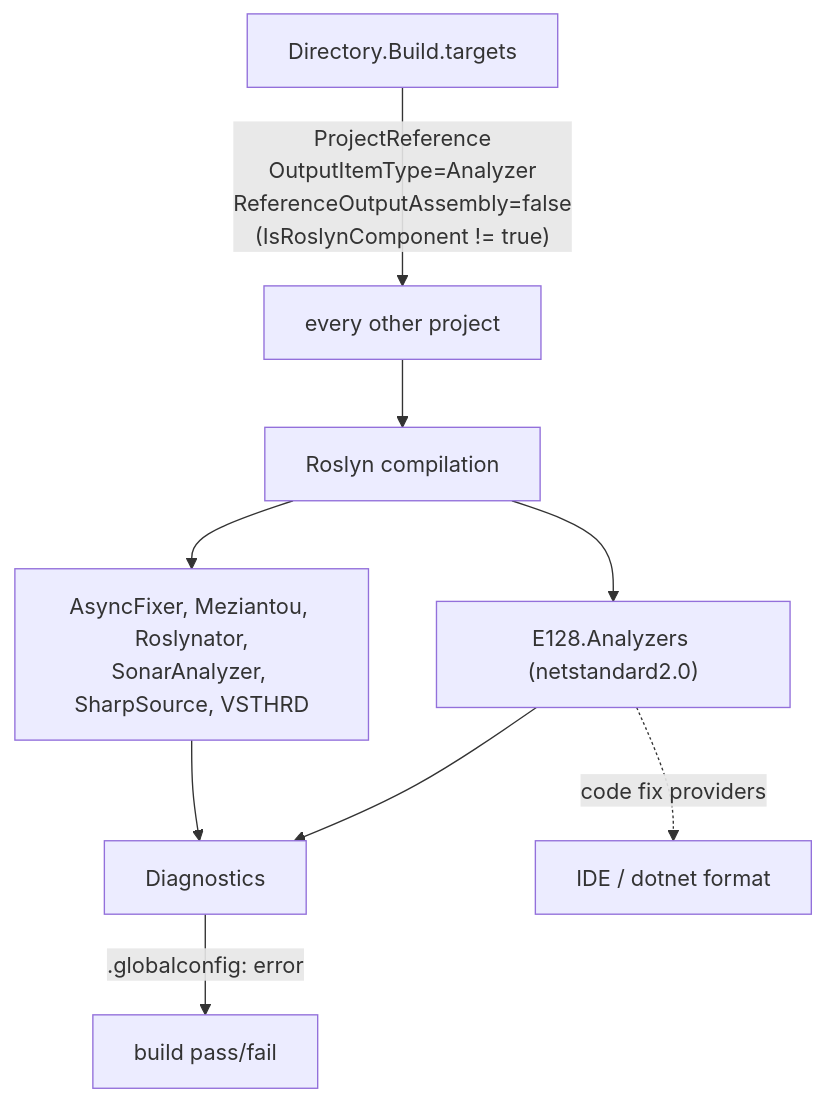
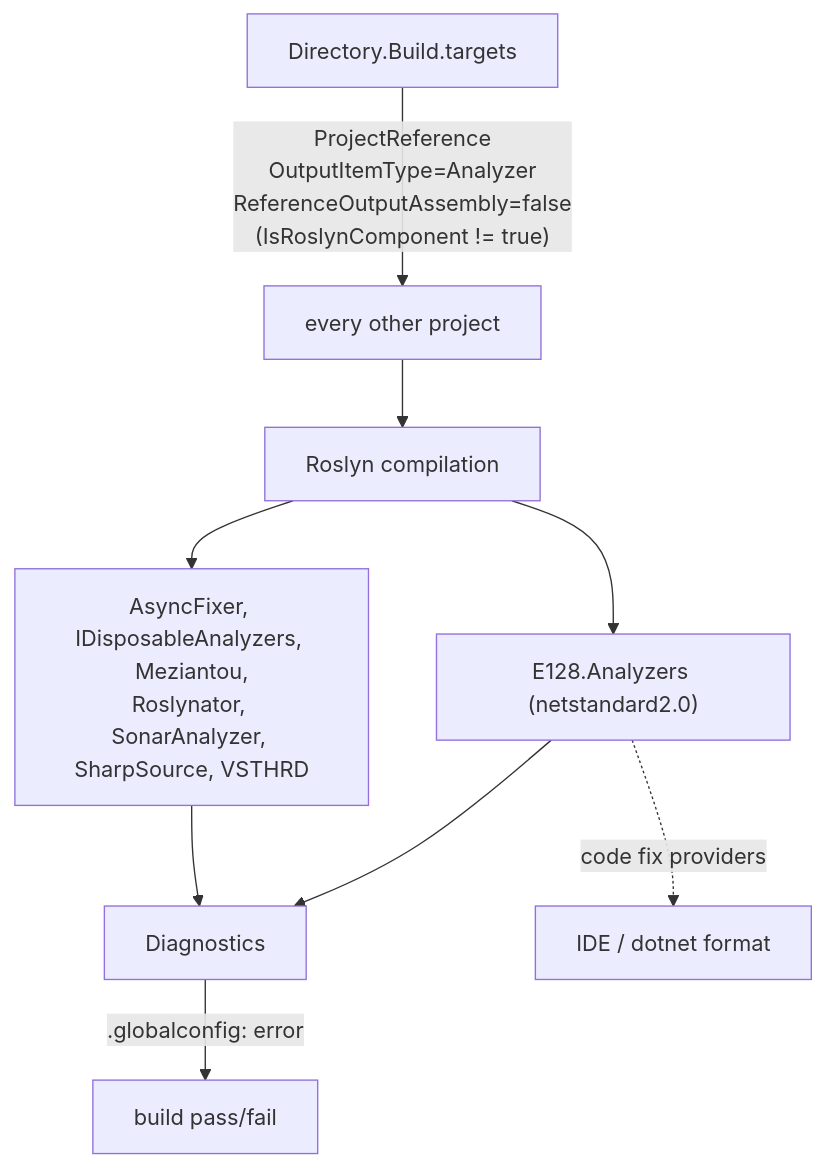
One commit to e128/dotnet-reference changed the diagram in docs/architecture/integration-patterns.md. Above: the diagram before and after it, drawn with Mermaid. The commit also changed other lines of this file and 9 other files, not shown here.

First line of the commit message:
feat(analyzers): install IDisposableAnalyzers at error severity

````diff
--- a/docs/architecture/integration-patterns.md
+++ b/docs/architecture/integration-patterns.md
@@ -11,11 +11,11 @@
 ```mermaid
 graph TB
   targets["Directory.Build.targets"] -->|"ProjectReference<br/>OutputItemType=Analyzer<br/>ReferenceOutputAssembly=false<br/>(IsRoslynComponent != true)"| projs["every other project"]
   projs --> roslyn["Roslyn compilation"]
   roslyn --> e128["E128.Analyzers (netstandard2.0)"]
-  roslyn --> third["AsyncFixer, Meziantou, Roslynator,<br/>SonarAnalyzer, SharpSource, VSTHRD"]
+  roslyn --> third["AsyncFixer, IDisposableAnalyzers, Meziantou,<br/>Roslynator, SonarAnalyzer, SharpSource, VSTHRD"]
   e128 --> diags["Diagnostics"]
   third --> diags
   diags -->|".globalconfig: error"| build["build pass/fail"]
   e128 -. "code fix providers" .-> ide["IDE / dotnet format"]
 ```
````
